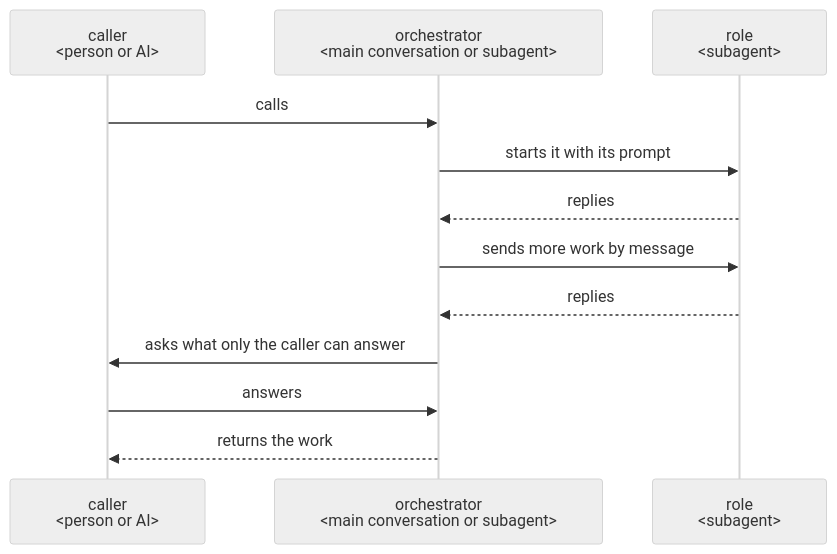
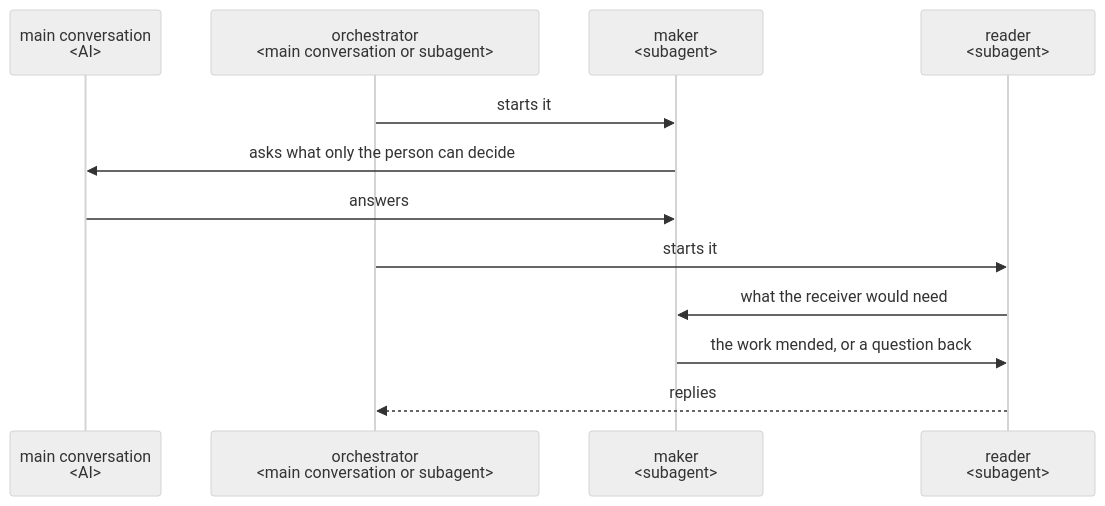
The diagram in dev/architecture.md (lovaizu/ccpm), drawn with Mermaid (neutral theme) before and after one commit. The commit also changed other lines of this file and 3 other files, not shown here.

````diff
--- a/dev/architecture.md
+++ b/dev/architecture.md
@@ -295,14 +120,14 @@
 ```mermaid
 sequenceDiagram
-  participant C as caller<br/>#lt;person or AI#gt;
+  participant M as main conversation<br/>#lt;AI#gt;
   participant O as orchestrator<br/>#lt;main conversation or subagent#gt;
-  participant R as role<br/>#lt;subagent#gt;
-  C->>O: calls
-  O->>R: starts it with its prompt
+  participant G as maker<br/>#lt;subagent#gt;
+  participant R as reader<br/>#lt;subagent#gt;
+  O->>G: starts it
+  G->>M: asks what only the person can decide
+  M->>G: answers
+  O->>R: starts it
+  R->>G: what the receiver would need
+  G->>R: the work mended, or a question back
   R-->>O: replies
-  O->>R: sends more work by message
-  R-->>O: replies
-  O->>C: asks what only the caller can answer
-  C->>O: answers
-  O-->>C: returns the work
 ```
````
